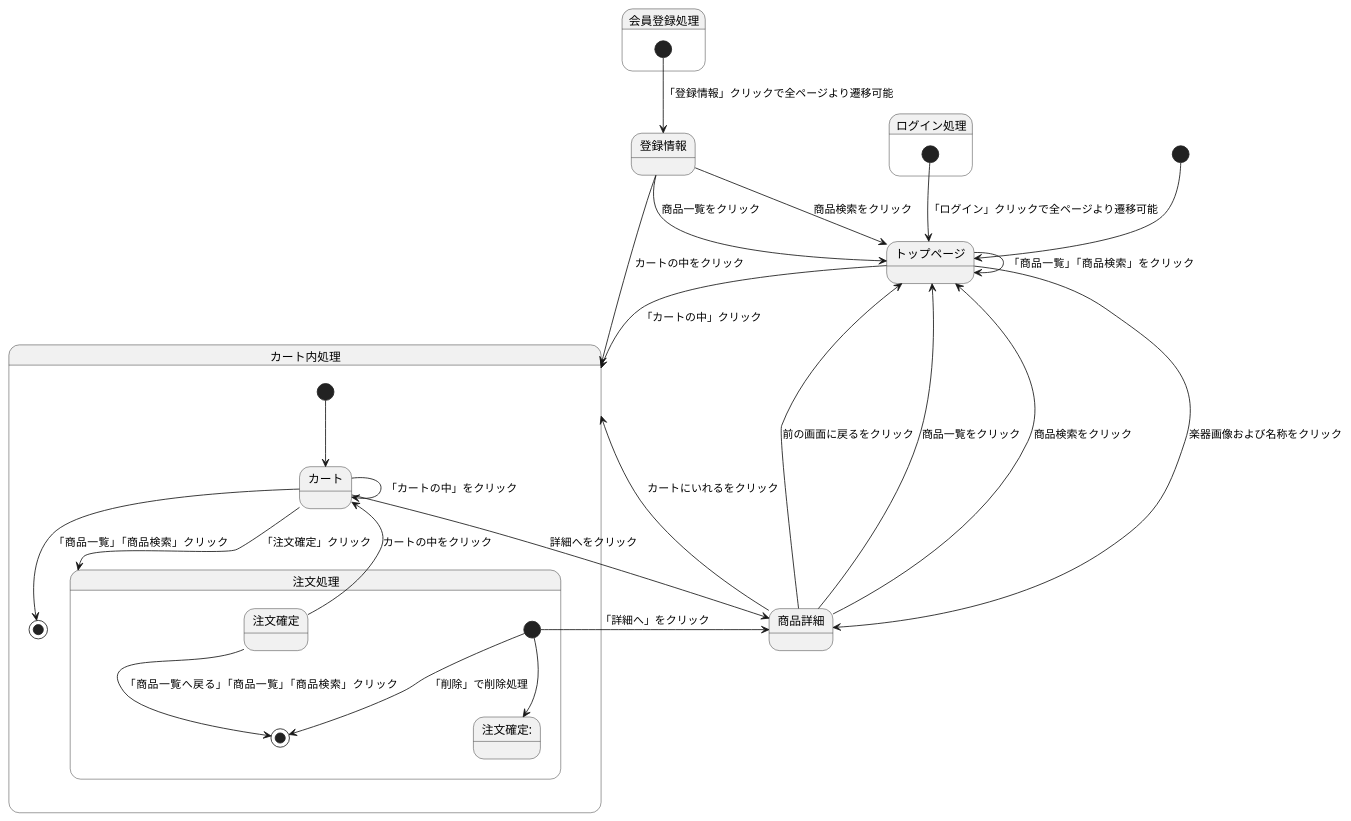
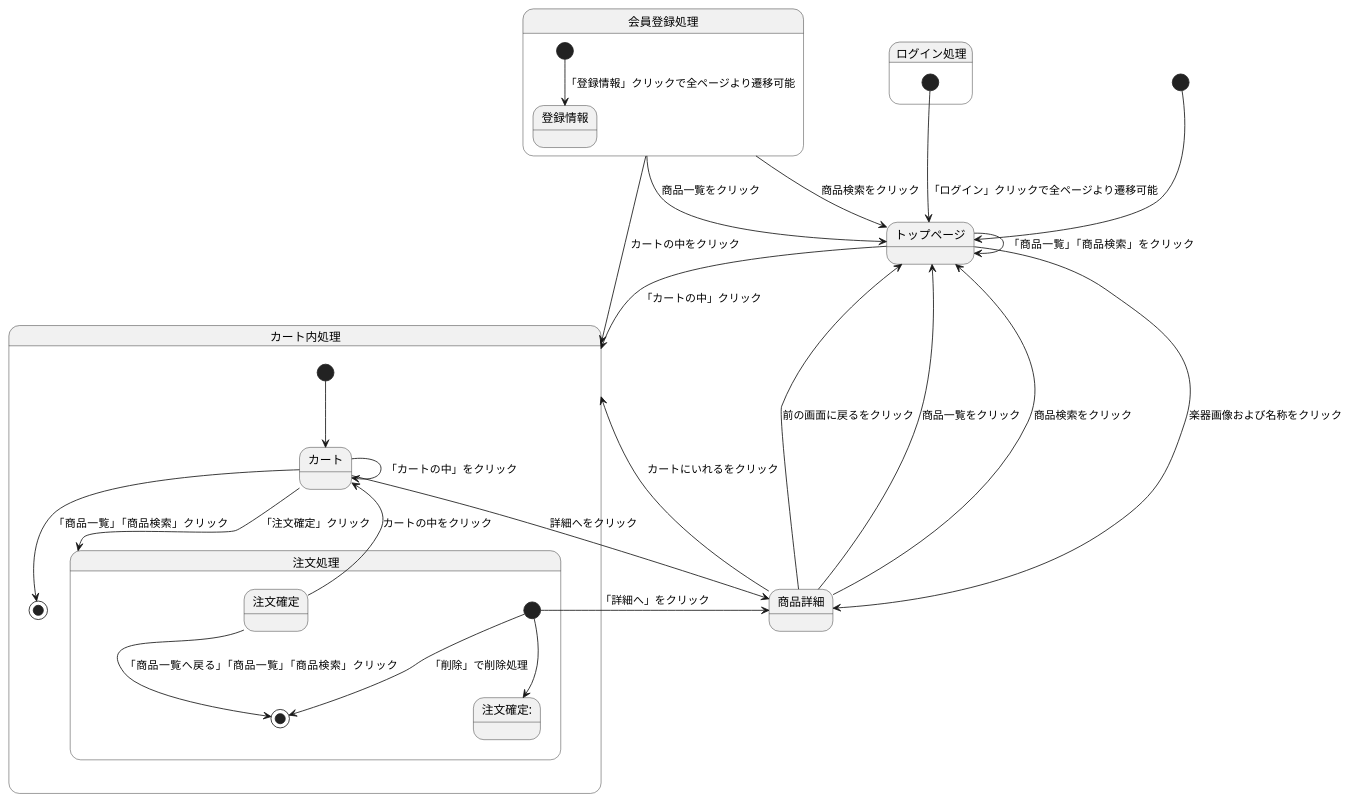
One commit to Aso2001374/2021sys-design changed the third of 3 diagrams in stm01.md. Above: the diagram before and after it, drawn with PlantUML.

````diff
--- a/stm01.md
+++ b/stm01.md
@@ -55,52 +55,52 @@
 ```uml
 @startuml
 [*] --> トップページ
 
 トップページ--> トップページ : 「商品一覧」「商品検索」をクリック
 トップページ--> カート内処理 : 「カートの中」クリック
 
 トップページ--> 商品詳細 : 楽器画像および名称をクリック
 
 
 商品詳細--> トップページ : 前の画面に戻るをクリック
 商品詳細--> トップページ : 商品一覧をクリック
 商品詳細--> トップページ : 商品検索をクリック
 
 
 
 
 
 
 
-登録情報 --> トップページ : 商品一覧をクリック
-登録情報 --> トップページ : 商品検索をクリック
-登録情報 --> カート内処理 : カートの中をクリック
+会員登録処理 --> トップページ : 商品一覧をクリック
+会員登録処理 --> トップページ : 商品検索をクリック
+会員登録処理 --> カート内処理 : カートの中をクリック
 
 
 state ログイン処理{
 [*] --> トップページ : 「ログイン」クリックで全ページより遷移可能
 }
 
 state 会員登録処理{
 [*] --> 登録情報 : 「登録情報」クリックで全ページより遷移可能
 }
 商品詳細--> カート内処理 : カートにいれるをクリック
 
 state カート内処理{
 [*] --> カート
 カート --> 注文処理 :「注文確定」クリック
 カート--> カート :「カートの中」をクリック
 カート --> 商品詳細 : 詳細へをクリック
 カート--> [*]: 「商品一覧」「商品検索」クリック
 state 注文処理{
 [*]--> 注文確定: 
 [*]--> 商品詳細 : 「詳細へ」をクリック
 [*]--> [*]: 「削除」で削除処理
 注文確定--> [*]: 「商品一覧へ戻る」「商品一覧」「商品検索」クリック
 }
 注文確定 --> カート : カートの中をクリック
 
 }
 
 @enduml
 ```
````
